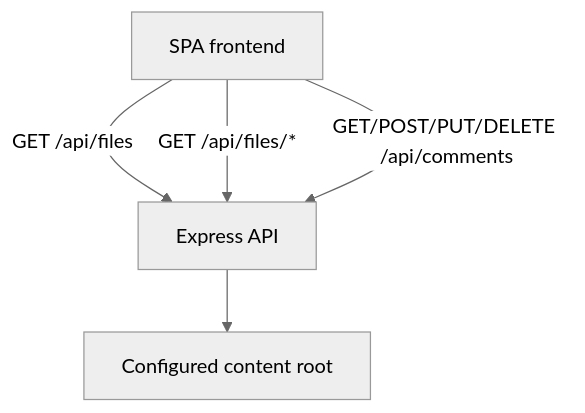
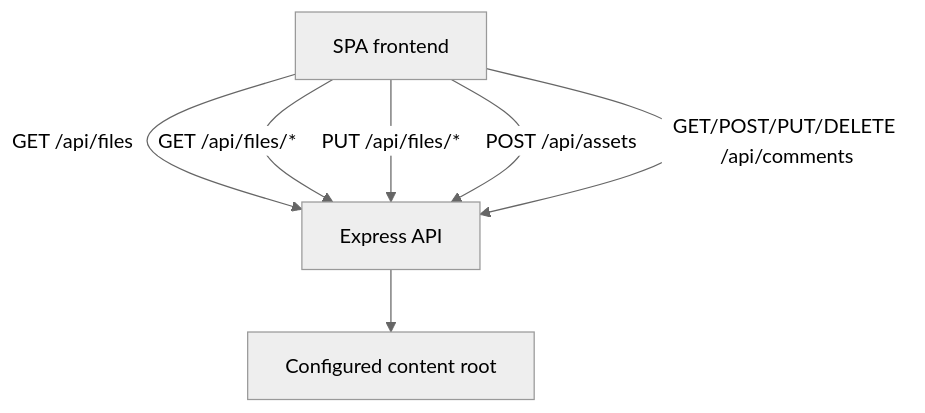
One commit to kamilkabir9/markdown_view changed the diagram in readme.md. Above: the diagram before and after it, drawn with Mermaid (neutral theme). The commit also changed other lines of this file and 28 other files, not shown here.

````diff
--- a/readme.md
+++ b/readme.md
@@ -5,7 +5,9 @@
 ```mermaid
 graph TD;
     Browser[SPA frontend] -->|GET /api/files| API[Express API]
     Browser -->|GET /api/files/*| API
+    Browser -->|PUT /api/files/*| API
+    Browser -->|POST /api/assets| API
     Browser -->|GET/POST/PUT/DELETE /api/comments| API
     API --> Filesystem[Configured content root]
 ```
````
